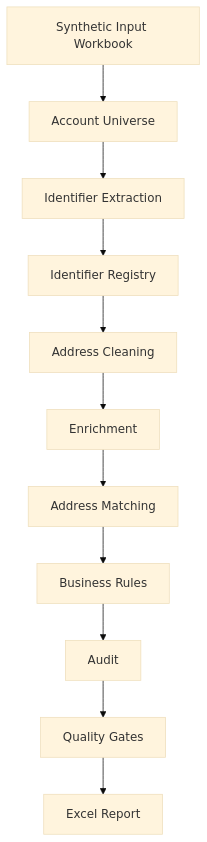
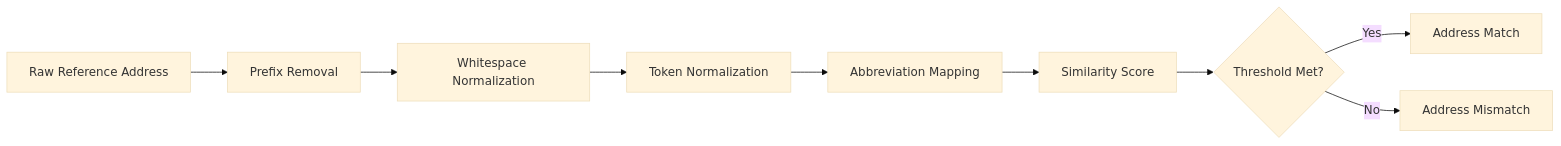
Before and after one commit to cjr3195/databricks-data-reconciliation-pipeline: the fifth of 11 diagrams in README.md, drawn with Mermaid (base theme). The commit also changed other lines of this file, not shown here.

````diff
--- a/README.md
+++ b/README.md
@@ -140,25 +222,18 @@
 ```mermaid
-flowchart TD
-    INPUT["Synthetic Input Workbook"]
-    UNIVERSE["Account Universe"]
-    IDS["Identifier Extraction"]
-    REGISTRY["Identifier Registry"]
-    CLEAN["Address Cleaning"]
-    ENRICH["Enrichment"]
-    MATCH["Address Matching"]
-    RULES["Business Rules"]
-    AUDIT["Audit"]
-    QG["Quality Gates"]
-    OUTPUT["Excel Report"]
+flowchart LR
+    A["Raw Reference Address"]
+    --> B["Prefix Removal"]
 
-    INPUT --> UNIVERSE
-    UNIVERSE --> IDS
-    IDS --> REGISTRY
-    REGISTRY --> CLEAN
-    CLEAN --> ENRICH
-    ENRICH --> MATCH
-    MATCH --> RULES
-    RULES --> AUDIT
-    AUDIT --> QG
-    QG --> OUTPUT
+    B --> C["Whitespace Normalization"]
+
+    C --> D["Token Normalization"]
+
+    D --> E["Abbreviation Mapping"]
+
+    E --> F["Similarity Score"]
+
+    F --> G{"Threshold Met?"}
+
+    G -->|Yes| H["Address Match"]
+    G -->|No| I["Address Mismatch"]
 ```
````
